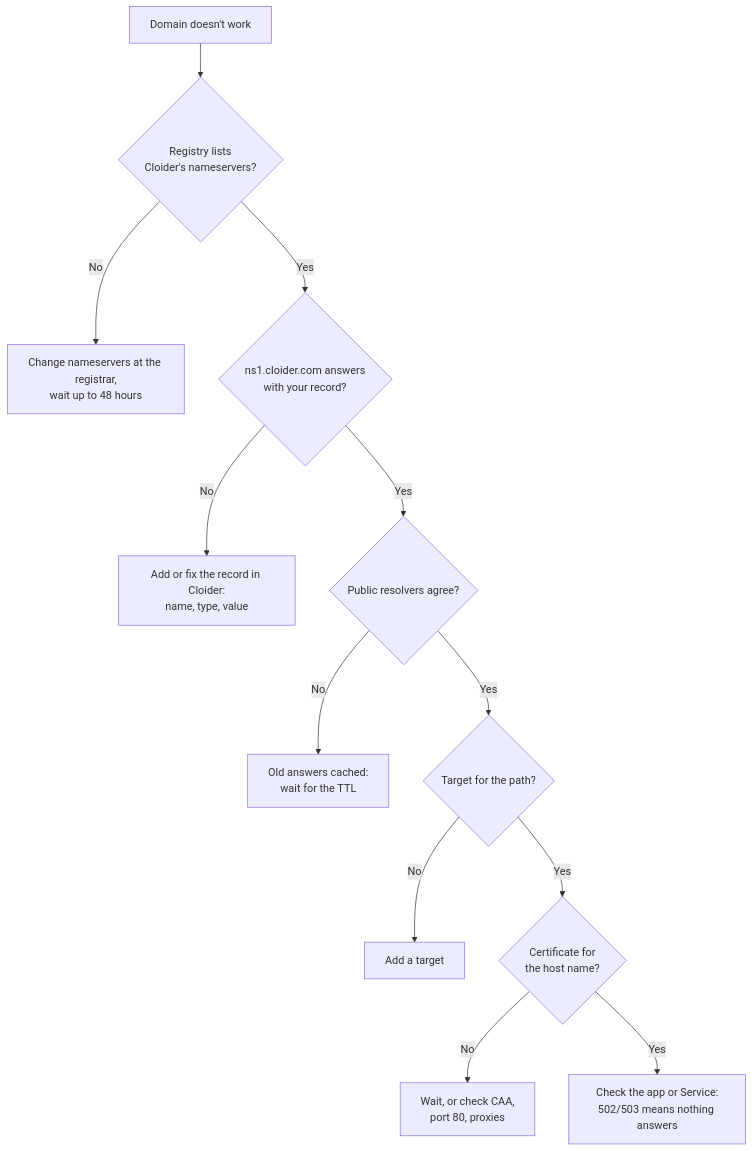
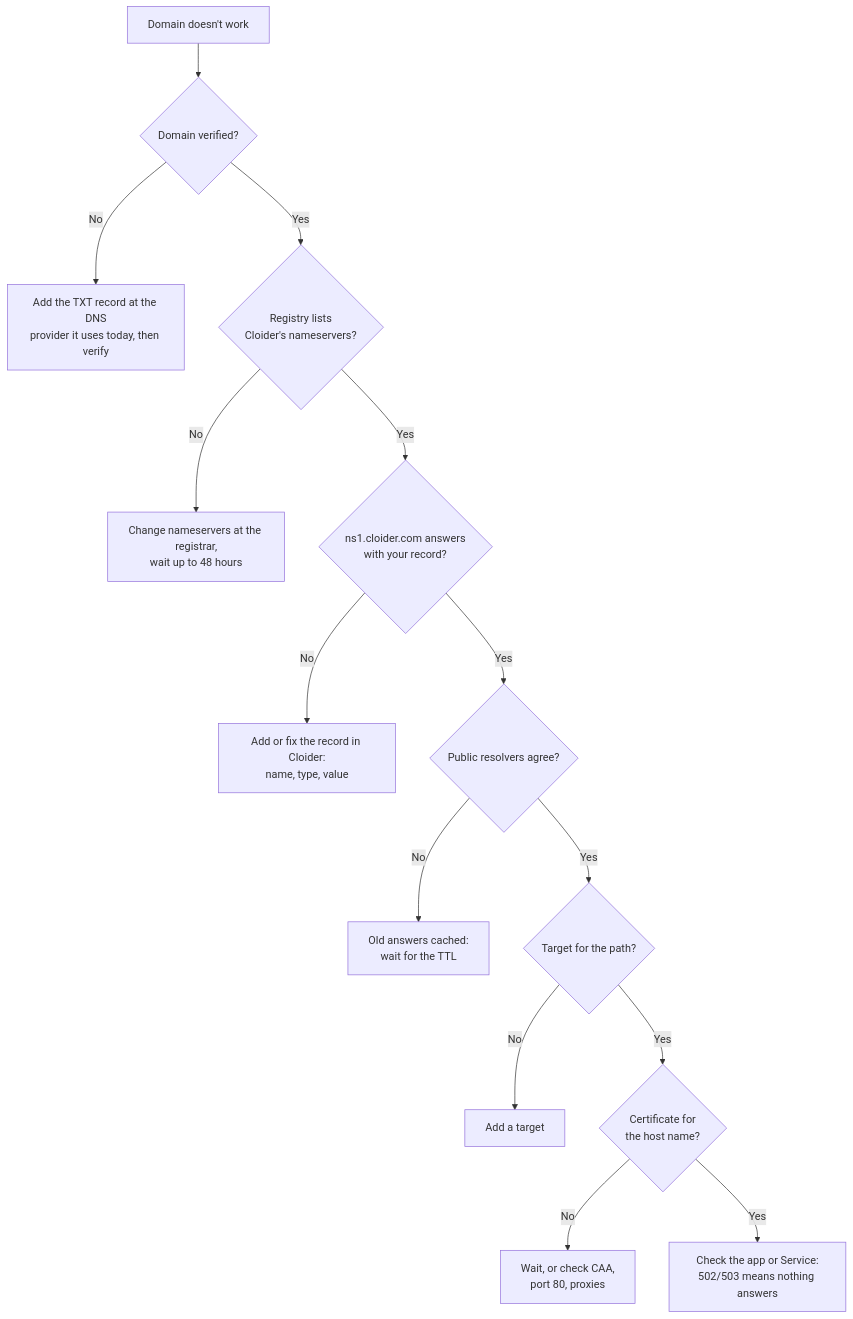
One commit to cloider/docs changed the diagram in docs/domains/troubleshooting.mdx. Above: the diagram before and after it, drawn with Mermaid. The commit also changed other lines of this file and 64 other files, not shown here.

Commit message:
docs: verify a custom domain with a TXT record before it is served or takes targets

````diff
--- a/docs/domains/troubleshooting.mdx
+++ b/docs/domains/troubleshooting.mdx
@@ -28,14 +29,16 @@
 ```mermaid
 flowchart TD
-  A[Domain doesn't work] --> B{Registry lists<br/>Cloider's nameservers?}
+  A[Domain doesn't work] --> V{Domain verified?}
+  V -- No --> V1[Add the TXT record at the DNS<br/>provider it uses today, then verify]
+  V -- Yes --> B{Registry lists<br/>Cloider's nameservers?}
   B -- No --> B1[Change nameservers at the registrar,<br/>wait up to 48 hours]
   B -- Yes --> C{ns1.cloider.com answers<br/>with your record?}
   C -- No --> C1[Add or fix the record in Cloider:<br/>name, type, value]
   C -- Yes --> D{Public resolvers agree?}
   D -- No --> D1[Old answers cached:<br/>wait for the TTL]
   D -- Yes --> E{Target for the path?}
   E -- No --> E1[Add a target]
   E -- Yes --> F{Certificate for<br/>the host name?}
   F -- No --> F1[Wait, or check CAA,<br/>port 80, proxies]
   F -- Yes --> G[Check the app or Service:<br/>502/503 means nothing answers]
 ```
````
